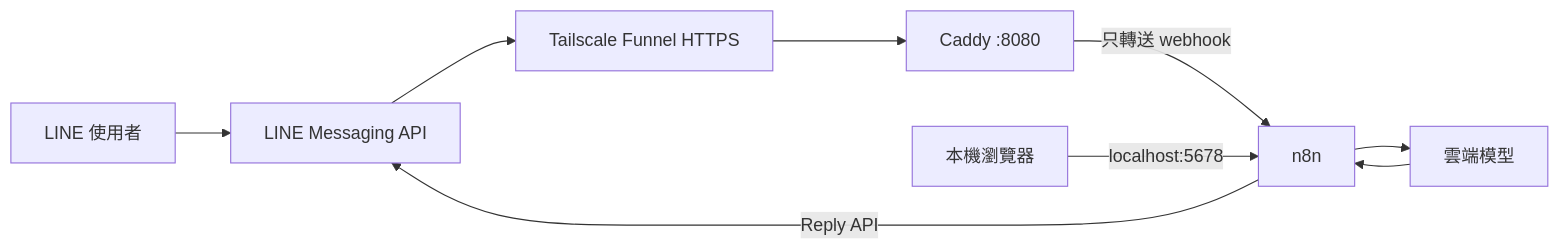
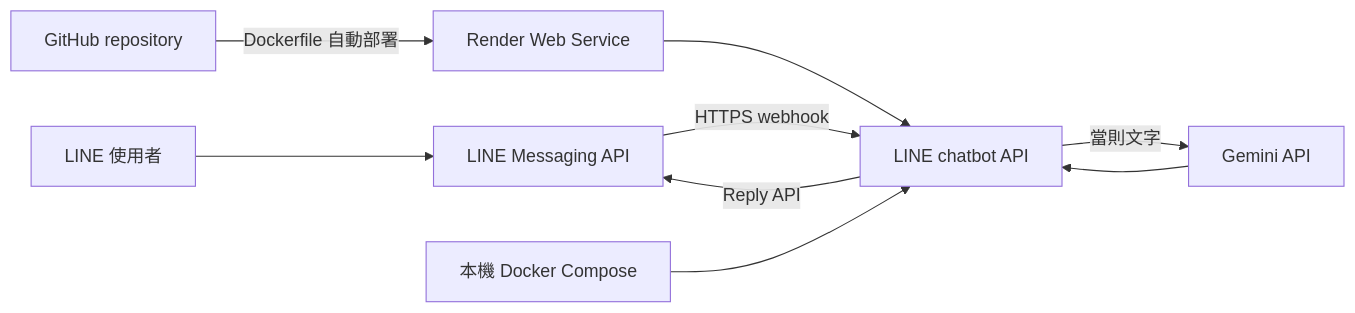
Before and after one commit to dn-999/test: the diagram in hackmd-slides.md, drawn with Mermaid. The commit also changed other lines of this file and 15 other files, not shown here.

Commit message:
Replace n8n prototype with Render chatbot service

````diff
--- a/hackmd-slides.md
+++ b/hackmd-slides.md
@@ -29,11 +29,11 @@
 ```mermaid
 flowchart LR
   U[LINE 使用者] --> L[LINE Messaging API]
-  L --> F[Tailscale Funnel HTTPS]
-  F --> C[Caddy :8080]
-  C -->|只轉送 webhook| N[n8n]
-  N --> M[雲端模型]
-  M --> N
-  N -->|Reply API| L
-  A[本機瀏覽器] -->|localhost:5678| N
+  L -->|HTTPS webhook| A[LINE chatbot API]
+  A -->|當則文字| G[Gemini API]
+  G --> A
+  A -->|Reply API| L
+  D[GitHub repository] -->|Dockerfile 自動部署| R[Render Web Service]
+  R --> A
+  C[本機 Docker Compose] --> A
 ```
````
